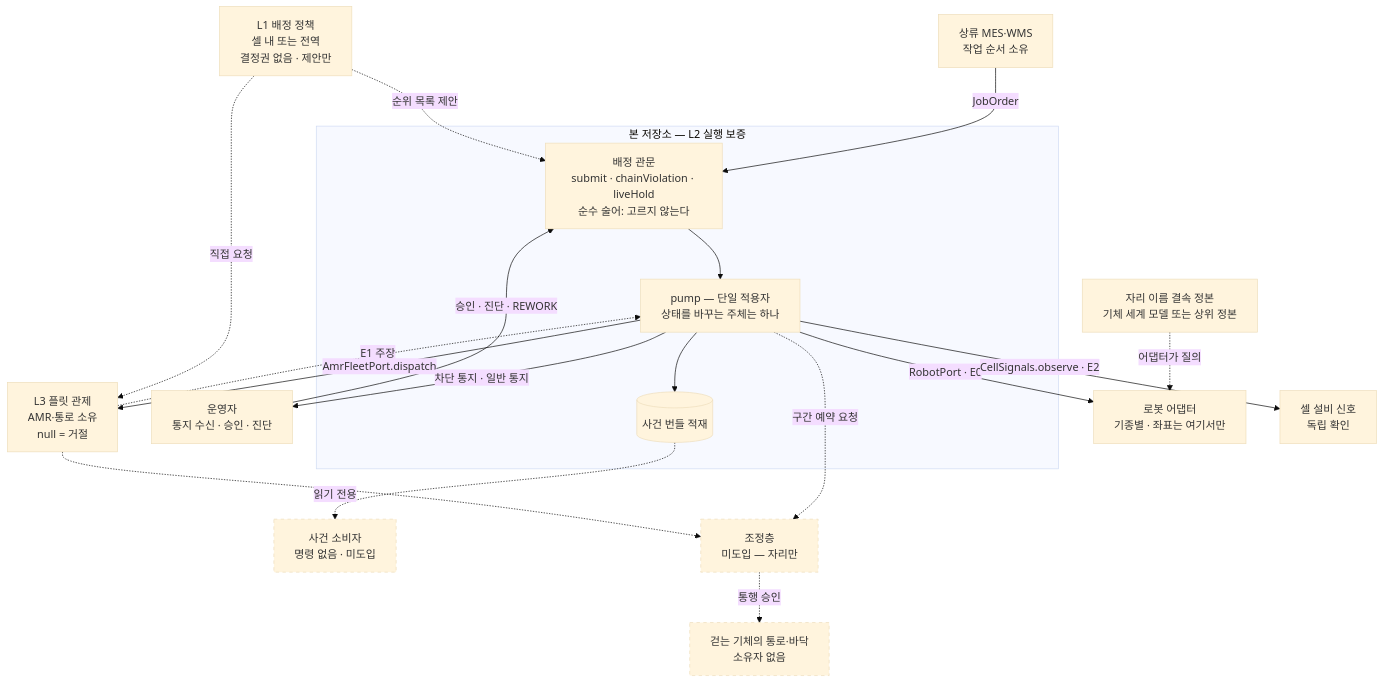
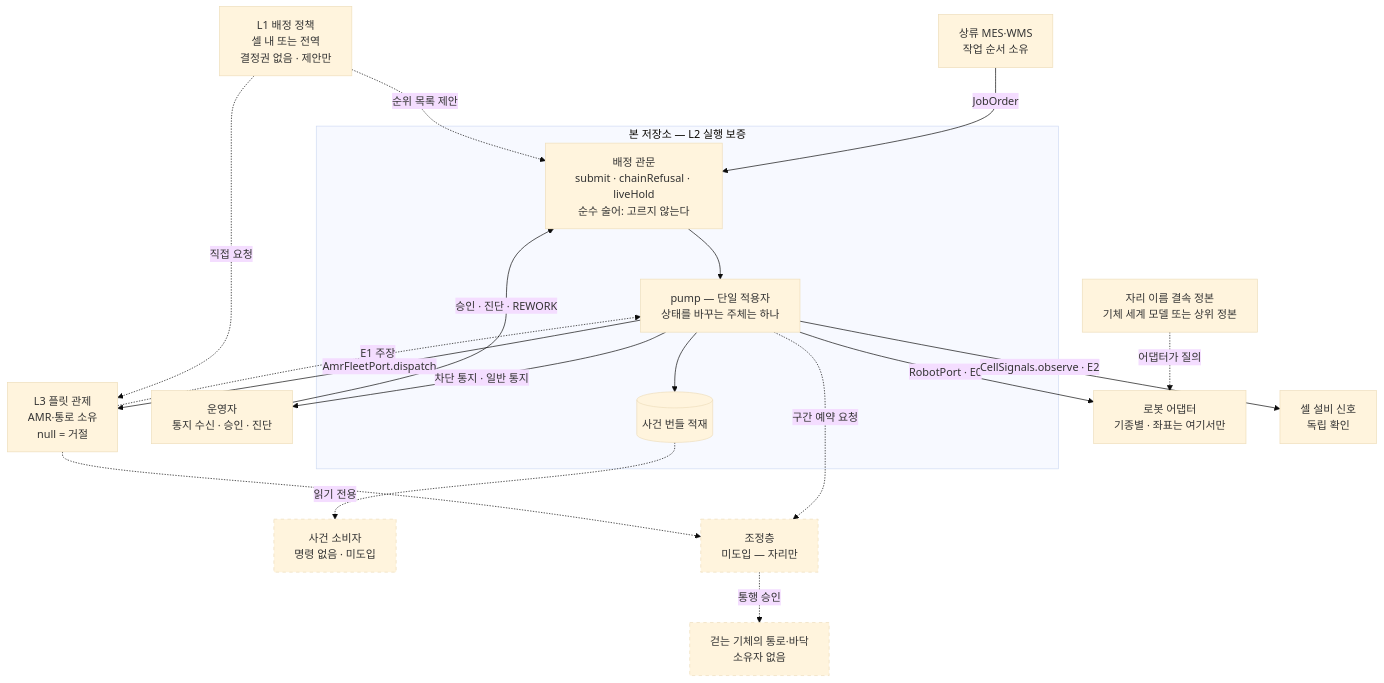
The diagram in docs/orchestration.md (LivingLikeKrillin/picasso), drawn with Mermaid (base theme) before and after one commit. The commit also changed other lines of this file and 2 other files, not shown here.

Commit message:
docs(middleware): 주석 링크 정정 및 배선도 노드 명칭 갱신
- Middleware.kt 내 judgeEffectMismatch 의 KDoc 링크 수정 및 pumpRobotUnit 주석 위치 정정
- Middleware.kt 생성자 wallClock KDoc 에 현장 대조, 탐색 대장, 승인 소모 기록 등 실제 소비처 반영
- AdmissionGate.kt occupancyViolation 주석 내 동일 주문 자기 자리 점유 관련 오기 수정
- docs/orchestration.md 3절 배선도 노드 chainViolation 을 chainRefusal 로 정정 및 도장 갱신

````diff
--- a/docs/orchestration.md
+++ b/docs/orchestration.md
@@ -60,39 +60,39 @@
 ```mermaid
 flowchart TB
   MES["상류 MES·WMS<br/>작업 순서 소유"]
   DISP["L1 배정 정책<br/>셀 내 또는 전역<br/>결정권 없음 · 제안만"]
   OP["운영자<br/>통지 수신 · 승인 · 진단"]
 
   subgraph PIC["본 저장소 — L2 실행 보증"]
-    GATE["배정 관문<br/>submit · chainViolation · liveHold<br/>순수 술어: 고르지 않는다"]
+    GATE["배정 관문<br/>submit · chainRefusal · liveHold<br/>순수 술어: 고르지 않는다"]
     TICK["pump — 단일 적용자<br/>상태를 바꾸는 주체는 하나"]
     OUT[("사건 번들 적재")]
     GATE --> TICK --> OUT
   end
 
   MES -->|JobOrder| GATE
   DISP -.->|순위 목록 제안| GATE
   DISP -.->|직접 요청| FLEET
 
   TICK -->|RobotPort · E0| ROB["로봇 어댑터<br/>기종별 · 좌표는 여기서만"]
   TICK -->|CellSignals.observe · E2| CELL["셀 설비 신호<br/>독립 확인"]
   TICK -->|AmrFleetPort.dispatch| FLEET["L3 플릿 관제<br/>AMR·통로 소유<br/>null = 거절"]
   FLEET -.->|E1 주장| TICK
 
   TICK -->|차단 통지 · 일반 통지| OP
   OP -->|승인 · 진단 · REWORK| GATE
   OUT -.->|읽기 전용| CONS["사건 소비자<br/>명령 없음 · 미도입"]
 
   FLOOR["걷는 기체의 통로·바닥<br/>소유자 없음"]
   COORD["조정층<br/>미도입 — 자리만"]
   TICK -.->|구간 예약 요청| COORD
   FLEET -.-> COORD
   COORD -.->|통행 승인| FLOOR
 
   BIND["자리 이름 결속 정본<br/>기체 세계 모델 또는 상위 정본"]
   BIND -.->|어댑터가 질의| ROB
 
   style FLOOR stroke-dasharray: 5 5
   style COORD stroke-dasharray: 5 5
   style CONS stroke-dasharray: 5 5
 ```
````
